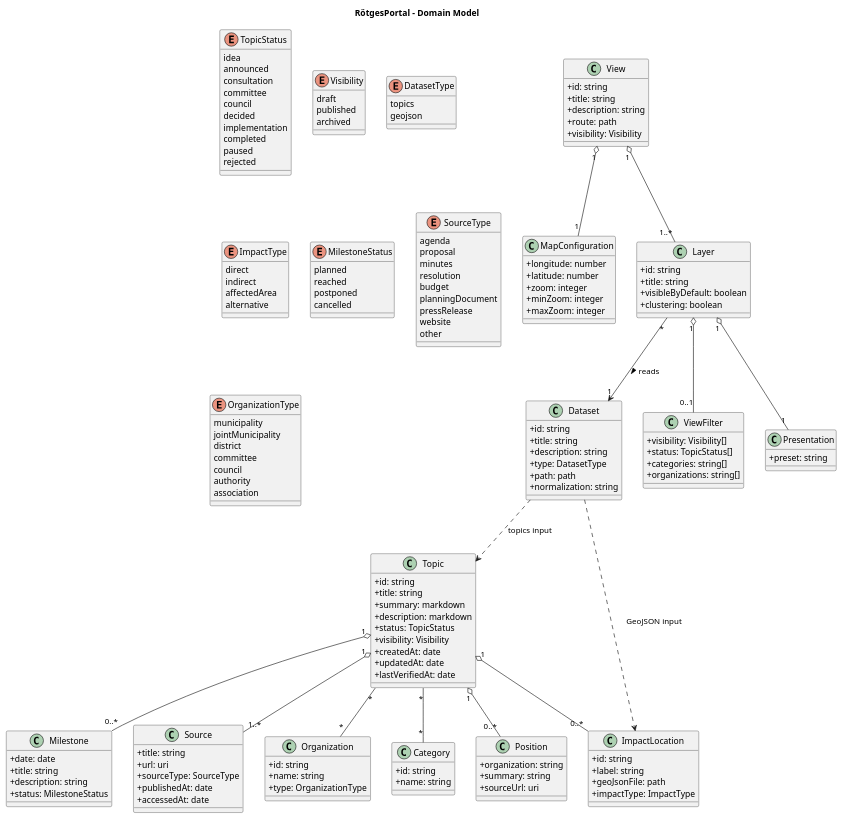
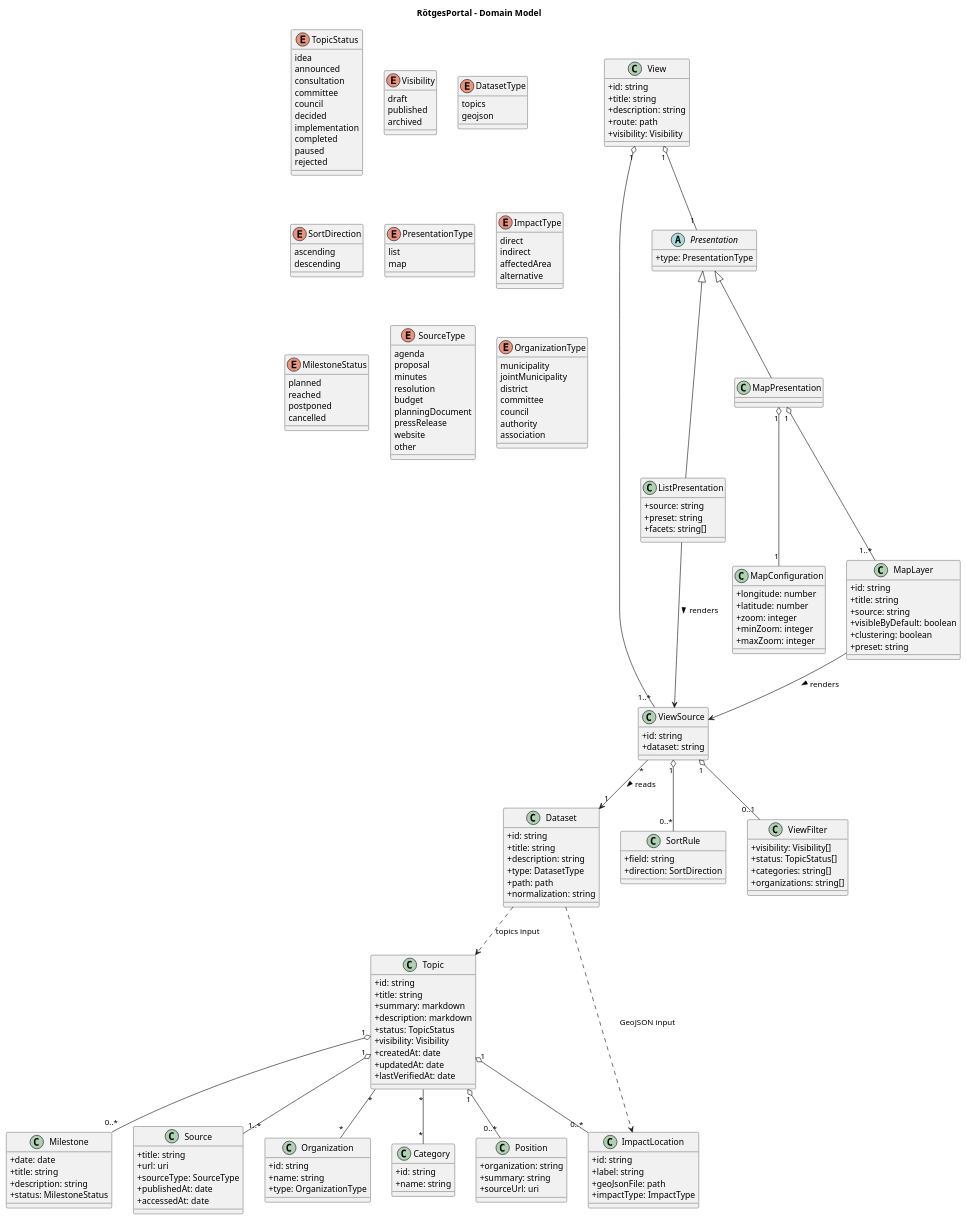
Before and after one commit to codeWithDEI/RoetgesPortal: the diagram in docs/architecture/domain-model.puml, drawn with PlantUML. The commit also changed 30 other files, not shown here.

```diff
--- a/docs/architecture/domain-model.puml
+++ b/docs/architecture/domain-model.puml
@@ -57,6 +57,38 @@
   +visibility: Visibility
 }
 
+class ViewSource {
+  +id: string
+  +dataset: string
+}
+
+class SortRule {
+  +field: string
+  +direction: SortDirection
+}
+
+enum SortDirection {
+  ascending
+  descending
+}
+
+abstract class Presentation {
+  +type: PresentationType
+}
+
+enum PresentationType {
+  list
+  map
+}
+
+class ListPresentation {
+  +source: string
+  +preset: string
+  +facets: string[]
+}
+
+class MapPresentation
+
 class MapConfiguration {
   +longitude: number
   +latitude: number
@@ -65,11 +97,13 @@
   +maxZoom: integer
 }
 
-class Layer {
+class MapLayer {
   +id: string
   +title: string
+  +source: string
   +visibleByDefault: boolean
   +clustering: boolean
+  +preset: string
 }
 
 class ViewFilter {
@@ -77,10 +111,6 @@
   +status: TopicStatus[]
   +categories: string[]
   +organizations: string[]
-}
-
-class Presentation {
-  +preset: string
 }
 
 class ImpactLocation {
@@ -166,10 +196,16 @@
 Topic "1" o-- "0..*" Position
 Dataset ..> Topic : topics input
 Dataset ..> ImpactLocation : GeoJSON input
-View "1" o-- "1..*" Layer
-View "1" o-- "1" MapConfiguration
-Layer "*" --> "1" Dataset : reads >
-Layer "1" o-- "0..1" ViewFilter
-Layer "1" o-- "1" Presentation
+View "1" o-- "1..*" ViewSource
+View "1" o-- "1" Presentation
+ViewSource "*" --> "1" Dataset : reads >
+ViewSource "1" o-- "0..1" ViewFilter
+ViewSource "1" o-- "0..*" SortRule
+Presentation <|-- ListPresentation
+Presentation <|-- MapPresentation
+ListPresentation --> ViewSource : renders >
+MapPresentation "1" o-- "1" MapConfiguration
+MapPresentation "1" o-- "1..*" MapLayer
+MapLayer --> ViewSource : renders >
 
 @enduml
```
